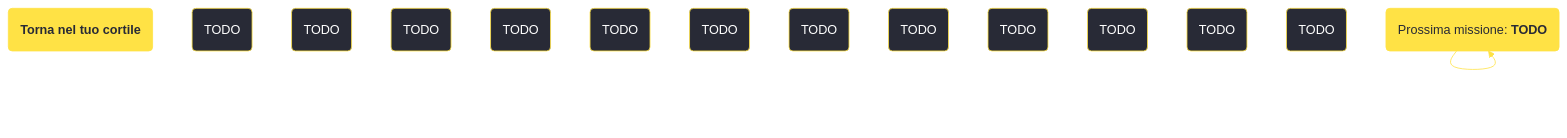
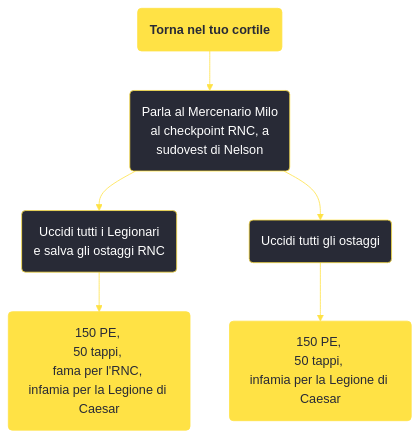
One commit to persy/wastelander changed the diagram in content/voci/fallout new vegas/missioni/Torna nel tuo cortile.md. Above: the diagram before and after it, drawn with Mermaid. The commit also changed 174 other files, not shown here.

````diff
--- a/content/voci/fallout new vegas/missioni/Torna nel tuo cortile.md
+++ b/content/voci/fallout new vegas/missioni/Torna nel tuo cortile.md
@@ -32,24 +32,17 @@
 ```mermaid
 %%{init: {'theme': 'base', 'themeVariables': { 'primaryColor': '#282a36', 'primaryBorderColor': '#ffe245', 'primaryTextColor': '#fff', 'lineColor': '#ffe245', 'fontFamily': 'Jura'}}}%%
 graph TD;
     id1(<b>Torna nel tuo cortile</b>):::questfnv
-    id2(TODO)
-    id3(TODO)
-    id4(TODO)
-    id5(TODO)
-    id6(TODO)
-    id7(TODO) 
-    id8(TODO)
-    id9(TODO)
-    id10(TODO)
-    id11(TODO)
-    id12(TODO)
-    id13(TODO) 
-    id(TODO):::rewardfnv
-    id(Prossima missione: <b>TODO</b>):::questfnv
-    id-->id-->id-->id-->id-->id-->id
+    id2(Parla al Mercenario Milo <br />al checkpoint RNC, a <br />sudovest di Nelson)
+    id3(Uccidi tutti i Legionari <br />e salva gli ostaggi RNC)
+    id4(150 PE, <br />50 tappi, <br />fama per l'RNC, <br />infamia per la Legione di Caesar):::rewardfnv
+    id5(Uccidi tutti gli ostaggi)
+    id6(150 PE, <br />50 tappi, <br />infamia per la Legione di Caesar):::rewardfnv
+
+    id1-->id2-->id3-->id4
+    id2-->id5-->id6
     
-    click id "../TODO"
+    
     classDef rewardfnv fill:#ffe245, stroke:#ffe245, color:#282a36;
     classDef questfnv fill:#ffe245, stroke:#ffe245, color:#282a36;
 ```
````
